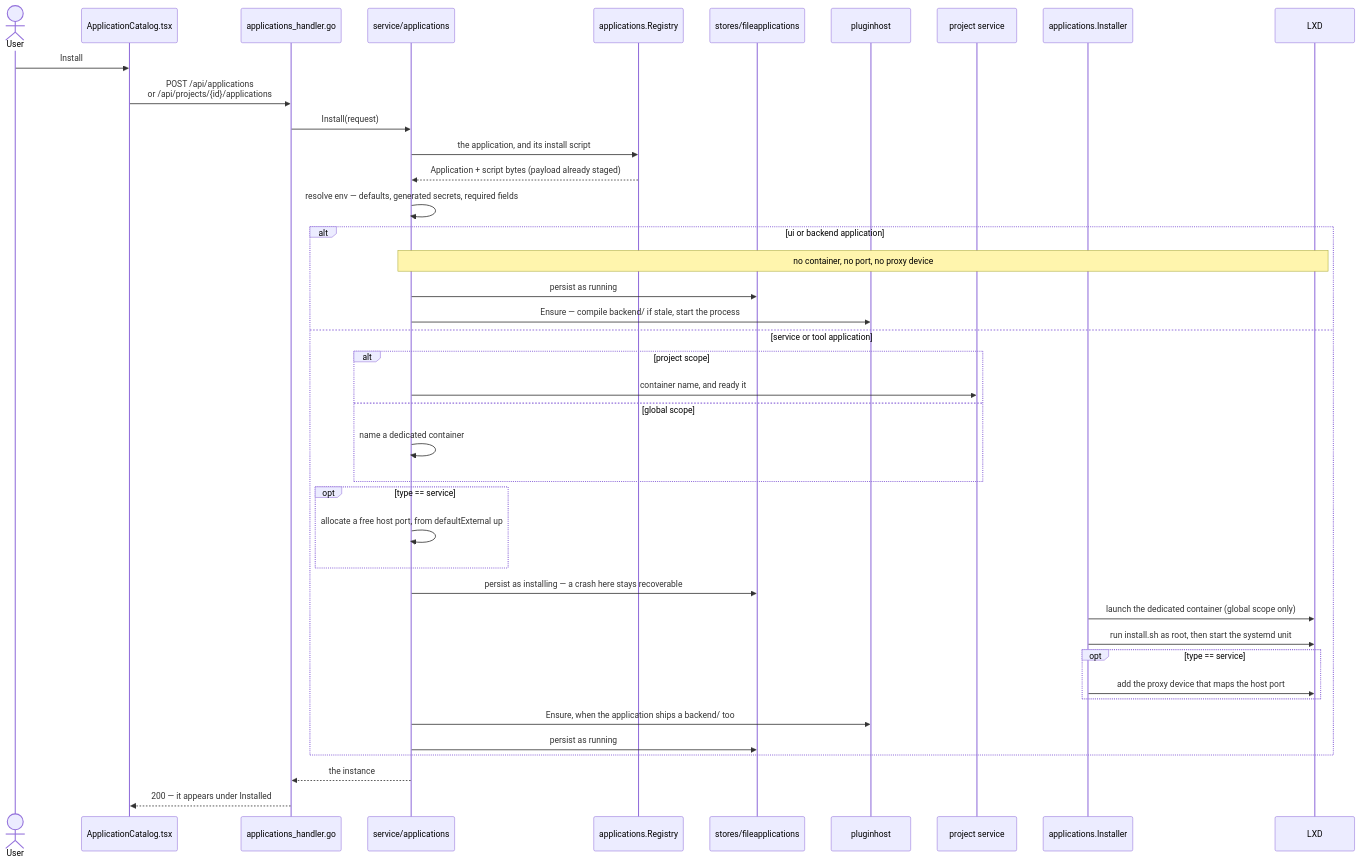
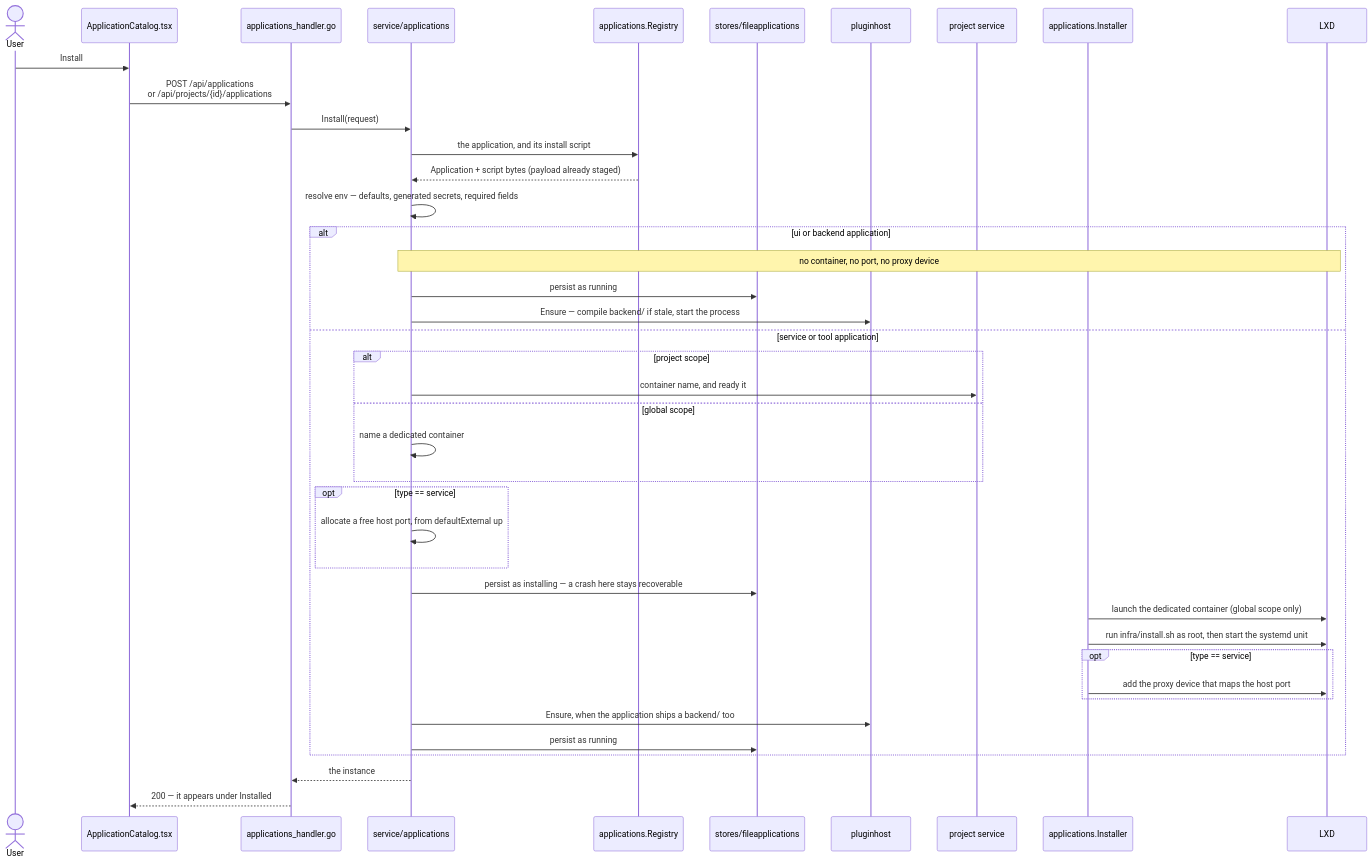
One commit to AbdallahMohamedDotnet/remote.futrx changed the second of 2 diagrams in docs/dev/installable-applications/01-overview.md. Above: the diagram before and after it, drawn with Mermaid. The commit also changed other lines of this file and 14 other files, not shown here.

````diff
--- a/docs/dev/installable-applications/01-overview.md
+++ b/docs/dev/installable-applications/01-overview.md
@@ -188,46 +194,46 @@
 ```mermaid
 sequenceDiagram
     actor User
     participant UI as ApplicationCatalog.tsx
     participant API as applications_handler.go
     participant Svc as service/applications
     participant Reg as applications.Registry
     participant Store as stores/fileapplications
     participant Host as pluginhost
     participant Proj as project service
     participant Inst as applications.Installer
     participant LXD as LXD
 
     User->>UI: Install
     UI->>API: POST /api/applications<br/>or /api/projects/{id}/applications
     API->>Svc: Install(request)
     Svc->>Reg: the application, and its install script
     Reg-->>Svc: Application + script bytes (payload already staged)
     Svc->>Svc: resolve env — defaults, generated secrets, required fields
 
     alt ui or backend application
         Note over Svc,LXD: no container, no port, no proxy device
         Svc->>Store: persist as running
         Svc->>Host: Ensure — compile backend/ if stale, start the process
     else service or tool application
         alt project scope
             Svc->>Proj: container name, and ready it
         else global scope
             Svc->>Svc: name a dedicated container
         end
         opt type == service
             Svc->>Svc: allocate a free host port, from defaultExternal up
         end
         Svc->>Store: persist as installing — a crash here stays recoverable
         Inst->>LXD: launch the dedicated container (global scope only)
-        Inst->>LXD: run install.sh as root, then start the systemd unit
+        Inst->>LXD: run infra/install.sh as root, then start the systemd unit
         opt type == service
             Inst->>LXD: add the proxy device that maps the host port
         end
         Svc->>Host: Ensure, when the application ships a backend/ too
         Svc->>Store: persist as running
     end
 
     Svc-->>API: the instance
     API-->>UI: 200 — it appears under Installed
 ```
````
